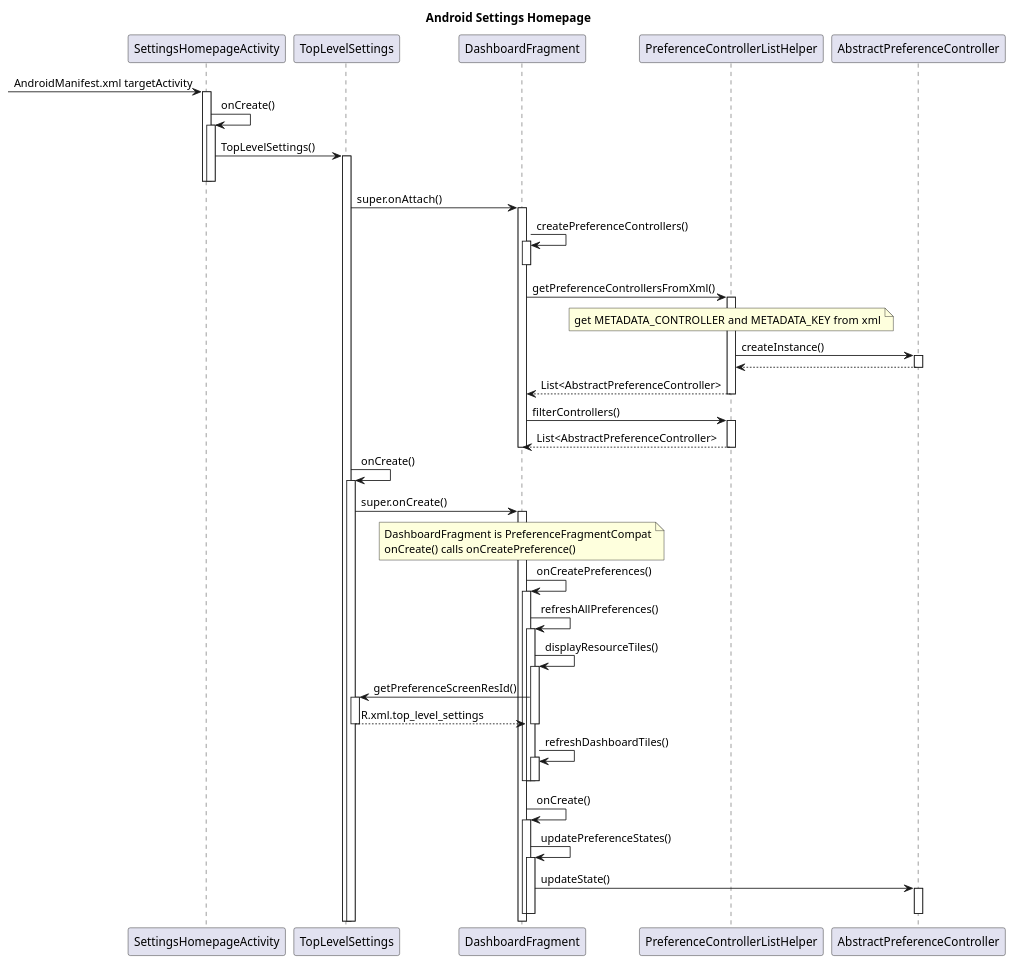
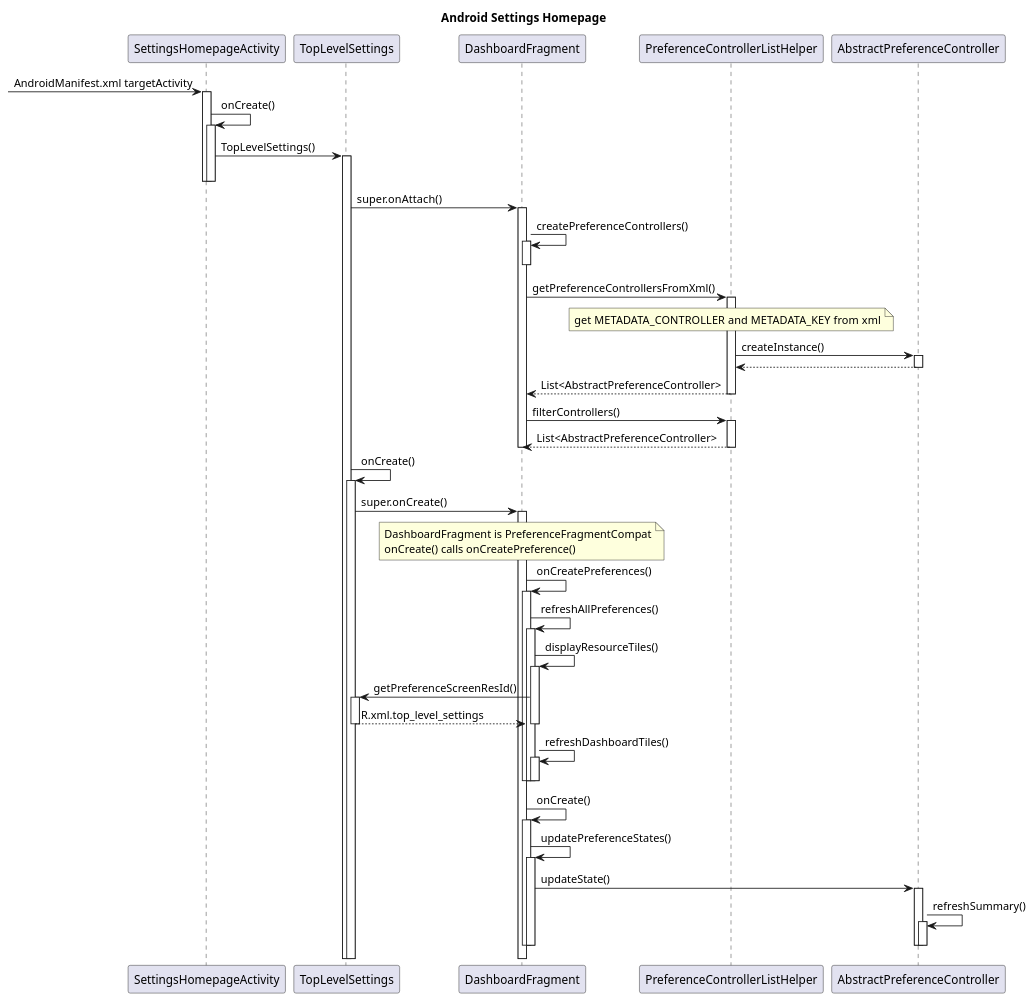
Before and after one commit to ShangjinTang/PlantUML: the diagram in Android Phone/Android UI/Android Settings/Android Settings Homepage.wsd, drawn with PlantUML. The commit also changed 1 other file, not shown here.

Commit message:
Add refreshSummary() of Android Settings Homepage

```diff
--- a/Android Phone/Android UI/Android Settings/Android Settings Homepage.wsd
+++ b/Android Phone/Android UI/Android Settings/Android Settings Homepage.wsd
@@ -1,56 +1,58 @@
 @startuml
 title Android Settings Homepage
 
 -> SettingsHomepageActivity: AndroidManifest.xml targetActivity
 
 SettingsHomepageActivity ++
 SettingsHomepageActivity -> SettingsHomepageActivity ++: onCreate()
 SettingsHomepageActivity -> TopLevelSettings ++: TopLevelSettings()
 SettingsHomepageActivity --
 SettingsHomepageActivity --
 
 
 
 TopLevelSettings -> DashboardFragment ++: super.onAttach()
 
 DashboardFragment -> DashboardFragment ++: createPreferenceControllers()
 DashboardFragment --
 
 DashboardFragment -> PreferenceControllerListHelper ++: getPreferenceControllersFromXml()
   note over PreferenceControllerListHelper: get METADATA_CONTROLLER and METADATA_KEY from xml
   PreferenceControllerListHelper -> AbstractPreferenceController ++: createInstance()
   AbstractPreferenceController --> PreferenceControllerListHelper --
 PreferenceControllerListHelper --> DashboardFragment --: List<AbstractPreferenceController>
 
 DashboardFragment -> PreferenceControllerListHelper ++: filterControllers()
 PreferenceControllerListHelper --> DashboardFragment --: List<AbstractPreferenceController>
 
 DashboardFragment --
 
 
 
 TopLevelSettings -> TopLevelSettings ++: onCreate()
 TopLevelSettings -> DashboardFragment ++: super.onCreate()
 
 note over DashboardFragment: DashboardFragment is PreferenceFragmentCompat\nonCreate() calls onCreatePreference()
 DashboardFragment -> DashboardFragment ++: onCreatePreferences()
 DashboardFragment -> DashboardFragment ++: refreshAllPreferences()
 DashboardFragment -> DashboardFragment ++: displayResourceTiles()
 DashboardFragment -> TopLevelSettings ++: getPreferenceScreenResId()
 TopLevelSettings --> DashboardFragment --: R.xml.top_level_settings
 
 DashboardFragment --
 DashboardFragment -> DashboardFragment ++: refreshDashboardTiles()
 DashboardFragment --
 DashboardFragment --
 DashboardFragment --
 
 DashboardFragment -> DashboardFragment ++: onCreate()
 DashboardFragment -> DashboardFragment ++: updatePreferenceStates()
 DashboardFragment -> AbstractPreferenceController ++: updateState()
+AbstractPreferenceController -> AbstractPreferenceController ++: refreshSummary()
+AbstractPreferenceController --
 AbstractPreferenceController --
 DashboardFragment --
 DashboardFragment --
 
 
 @enduml
```
